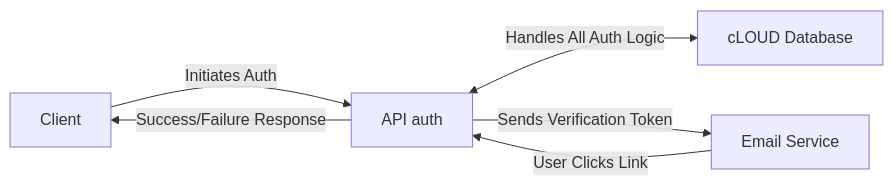
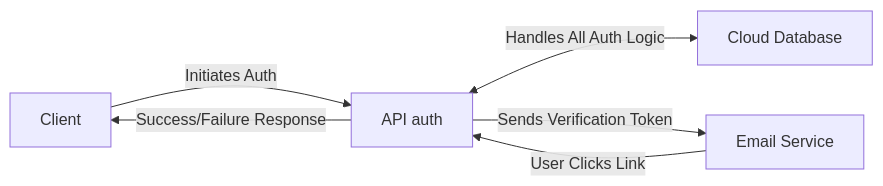
One commit to Santiago01011/TDL_auth_api changed the diagram in README.md. Above: the diagram before and after it, drawn with Mermaid.

````diff
--- a/README.md
+++ b/README.md
@@ -51,8 +51,8 @@
 ```mermaid
 graph LR;
     A["Client"]-->|"Initiates Auth"| B["API auth"]
-    B<-->|"Handles All Auth Logic"| C["cLOUD Database"]
+    B<-->|"Handles All Auth Logic"| C["Cloud Database"]
     B-->|"Sends Verification Token"| D["Email Service"]
     D-->|"User Clicks Link"| B
     B-->|"Success/Failure Response"| A
 ```
````
